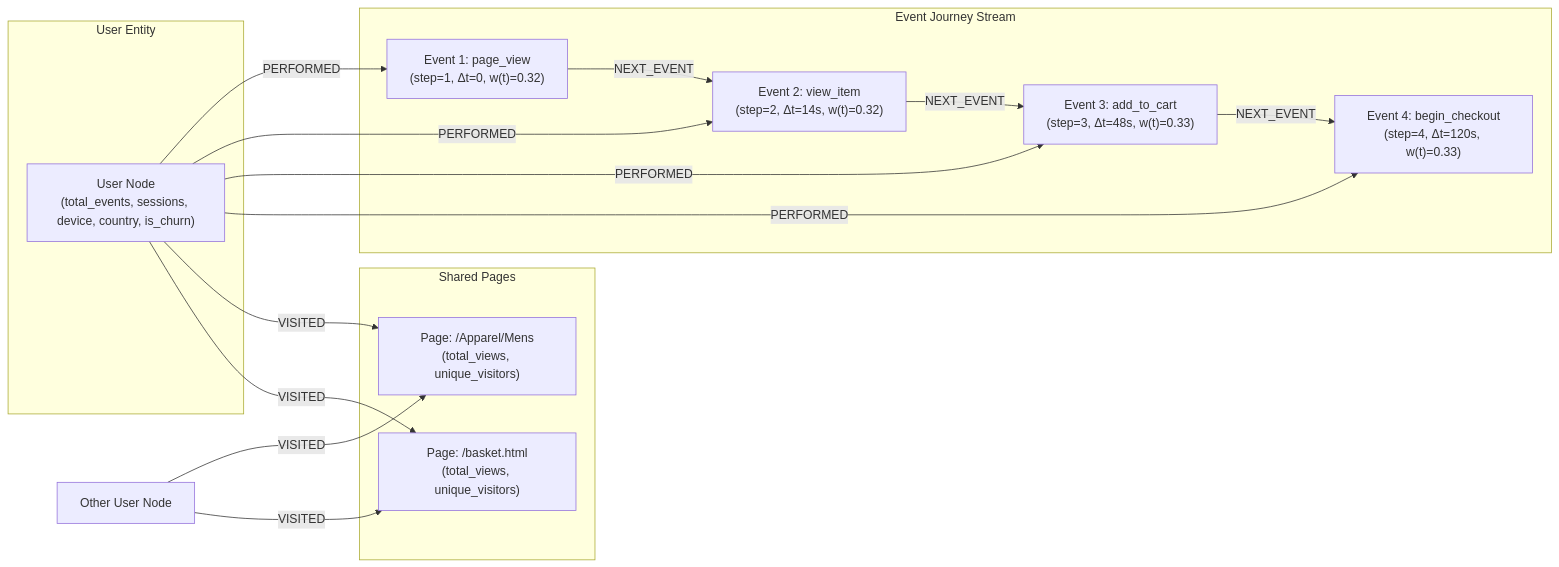
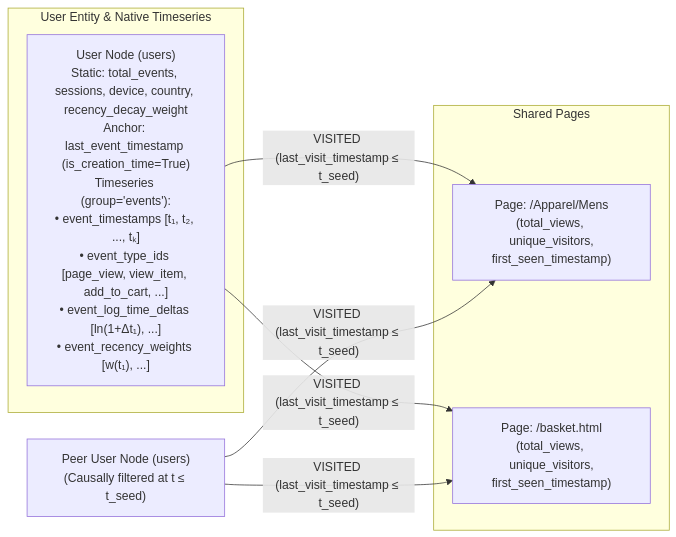
The diagram in graph/ga4-churn-gnn/README.md (GoogleCloudPlatform/bigquery-samples), drawn with Mermaid before and after one commit. The commit also changed other lines of this file and 1 other file, not shown here.

Commit message:
feat(graph): update ga4-churn-gnn to use native DGF temporal GNN and timeseries

````diff
--- a/graph/ga4-churn-gnn/README.md
+++ b/graph/ga4-churn-gnn/README.md
@@ -33,34 +35,18 @@
 ```mermaid
 graph LR
-    subgraph User Entity
-        U["User Node<br/>(total_events, sessions, device, country, is_churn)"]
-    end
-
-    subgraph Event Journey Stream
-        E1["Event 1: page_view<br/>(step=1, Δt=0, w(t)=0.32)"]
-        E2["Event 2: view_item<br/>(step=2, Δt=14s, w(t)=0.32)"]
-        E3["Event 3: add_to_cart<br/>(step=3, Δt=48s, w(t)=0.33)"]
-        E4["Event 4: begin_checkout<br/>(step=4, Δt=120s, w(t)=0.33)"]
+    subgraph User Entity & Native Timeseries
+        U["User Node (users)<br/>Static: total_events, sessions, device, country, recency_decay_weight<br/>Anchor: last_event_timestamp (is_creation_time=True)<br/>Timeseries (group='events'):<br/>• event_timestamps [t₁, t₂, ..., tₖ]<br/>• event_type_ids [page_view, view_item, add_to_cart, ...]<br/>• event_log_time_deltas [ln(1+Δt₁), ...]<br/>• event_recency_weights [w(t₁), ...]"]
     end
 
     subgraph Shared Pages
-        P1["Page: /Apparel/Mens<br/>(total_views, unique_visitors)"]
-        P2["Page: /basket.html<br/>(total_views, unique_visitors)"]
+        P1["Page: /Apparel/Mens<br/>(total_views, unique_visitors,<br/>first_seen_timestamp)"]
+        P2["Page: /basket.html<br/>(total_views, unique_visitors,<br/>first_seen_timestamp)"]
     end
 
-    U2["Other User Node"]
+    U2["Peer User Node (users)<br/>(Causally filtered at t ≤ t_seed)"]
 
-    U -->|PERFORMED| E1
-    U -->|PERFORMED| E2
-    U -->|PERFORMED| E3
-    U -->|PERFORMED| E4
-
-    E1 -->|NEXT_EVENT| E2
-    E2 -->|NEXT_EVENT| E3
-    E3 -->|NEXT_EVENT| E4
-
-    U -->|VISITED| P1
-    U -->|VISITED| P2
-    U2 -->|VISITED| P1
-    U2 -->|VISITED| P2
+    U -->|"VISITED (last_visit_timestamp ≤ t_seed)"| P1
+    U -->|"VISITED (last_visit_timestamp ≤ t_seed)"| P2
+    U2 -->|"VISITED (last_visit_timestamp ≤ t_seed)"| P1
+    U2 -->|"VISITED (last_visit_timestamp ≤ t_seed)"| P2
 ```
````
